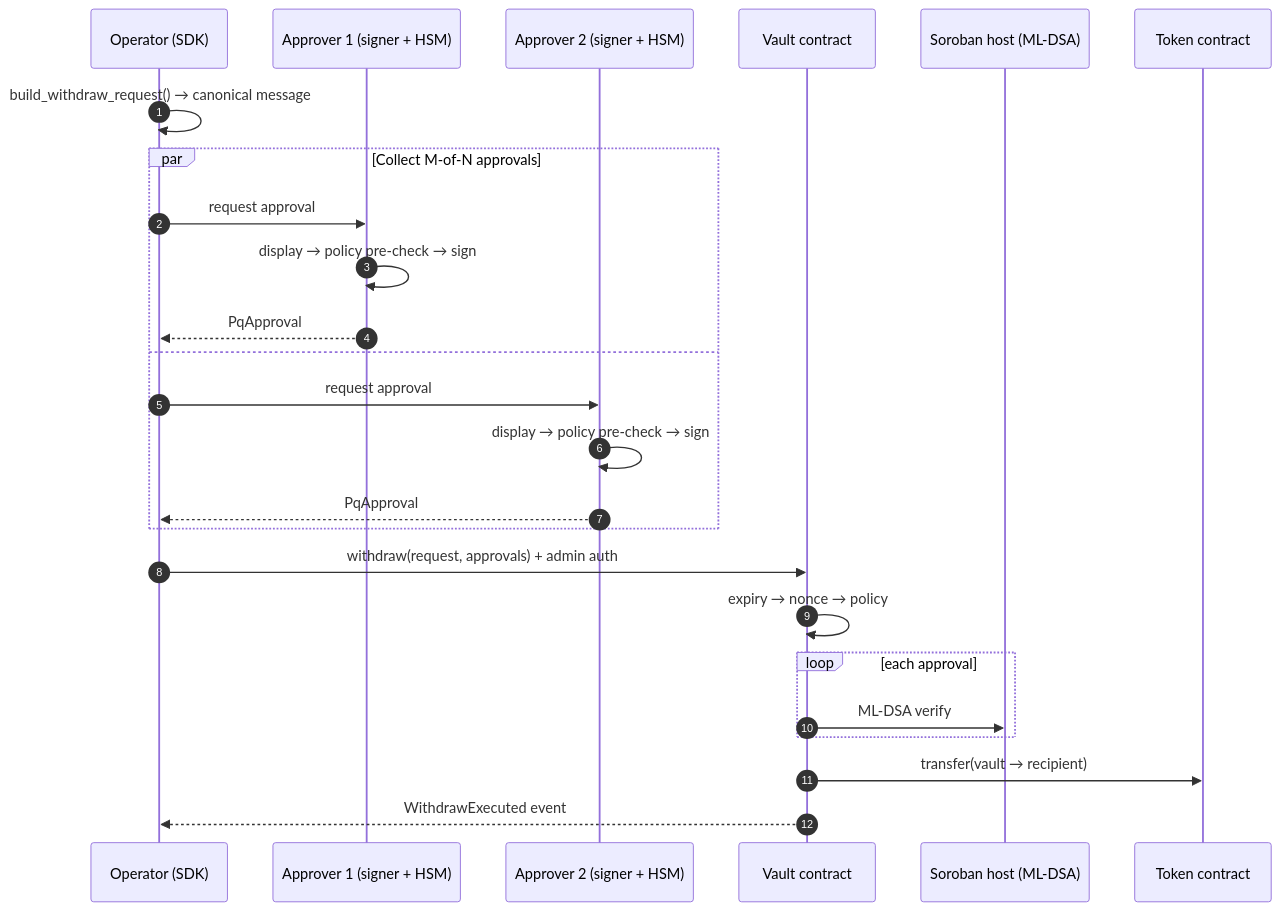
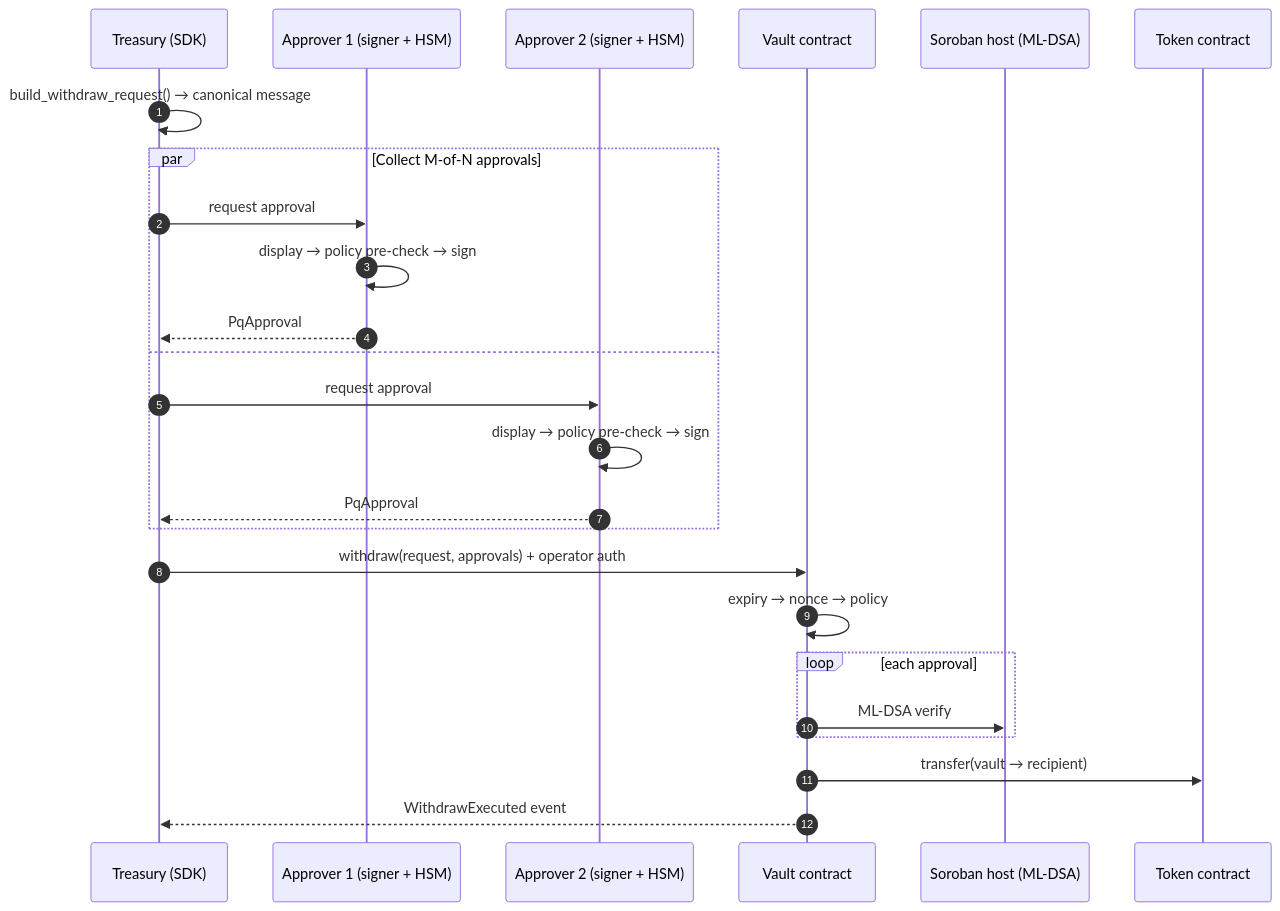
The second of 2 diagrams in README.md (osdeniz/qrypton-vault), drawn with Mermaid before and after one commit. The commit also changed other lines of this file and 6 other files, not shown here.

Commit message:
refactor: rename the vault's classical admin to operator

````diff
--- a/README.md
+++ b/README.md
@@ -106,28 +106,28 @@
 ```mermaid
 sequenceDiagram
     autonumber
-    participant Op as Operator (SDK)
+    participant Op as Treasury (SDK)
     participant A1 as Approver 1 (signer + HSM)
     participant A2 as Approver 2 (signer + HSM)
     participant V as Vault contract
     participant H as Soroban host (ML-DSA)
     participant T as Token contract
 
     Op->>Op: build_withdraw_request() → canonical message
     par Collect M-of-N approvals
         Op->>A1: request approval
         A1->>A1: display → policy pre-check → sign
         A1-->>Op: PqApproval
     and
         Op->>A2: request approval
         A2->>A2: display → policy pre-check → sign
         A2-->>Op: PqApproval
     end
-    Op->>V: withdraw(request, approvals) + admin auth
+    Op->>V: withdraw(request, approvals) + operator auth
     V->>V: expiry → nonce → policy
     loop each approval
         V->>H: ML-DSA verify
     end
     V->>T: transfer(vault → recipient)
     V-->>Op: WithdrawExecuted event
 ```
````
